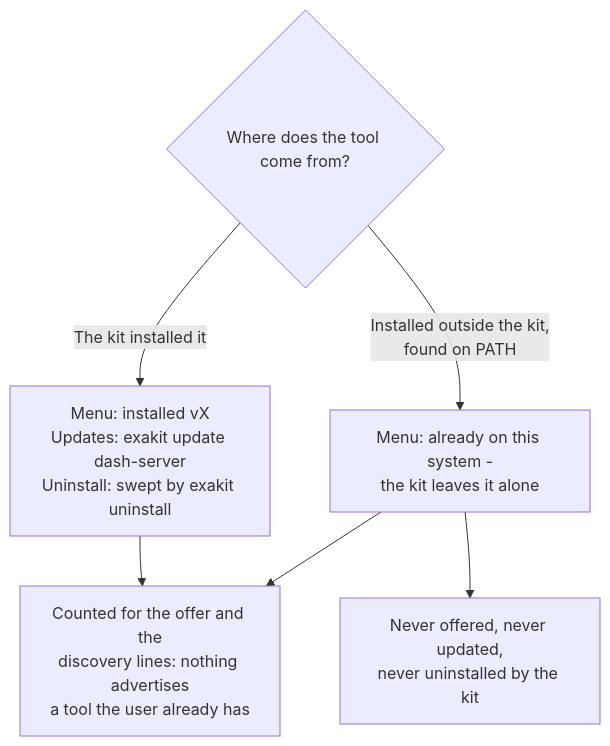
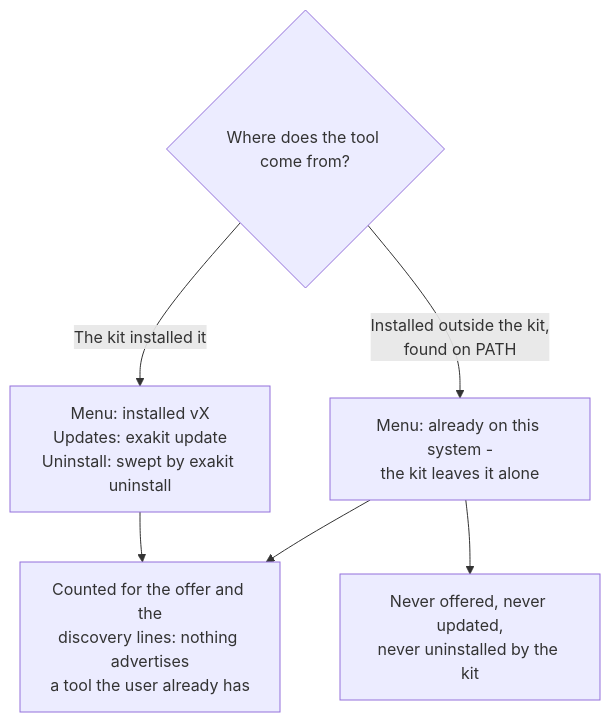
The sixth of 7 diagrams in MARKETPLACE-FLOWS.md (Sheetaldharshan200/update-path), drawn with Mermaid before and after one commit. The commit also changed other lines of this file and 48 other files, not shown here.

````diff
--- a/MARKETPLACE-FLOWS.md
+++ b/MARKETPLACE-FLOWS.md
@@ -221,8 +221,8 @@
 ```mermaid
 flowchart TD
-    A{Where does the tool come from?} -->|The kit installed it| B[Menu: installed vX<br>Updates: exakit update dash-server<br>Uninstall: swept by exakit uninstall]
+    A{Where does the tool come from?} -->|The kit installed it| B[Menu: installed vX<br>Updates: exakit update<br>Uninstall: swept by exakit uninstall]
     A -->|Installed outside the kit,<br>found on PATH| C[Menu: already on this system -<br>the kit leaves it alone]
     C --> D[Never offered, never updated,<br>never uninstalled by the kit]
     B --> E[Counted for the offer and the<br>discovery lines: nothing advertises<br>a tool the user already has]
     C --> E
 ```
````
